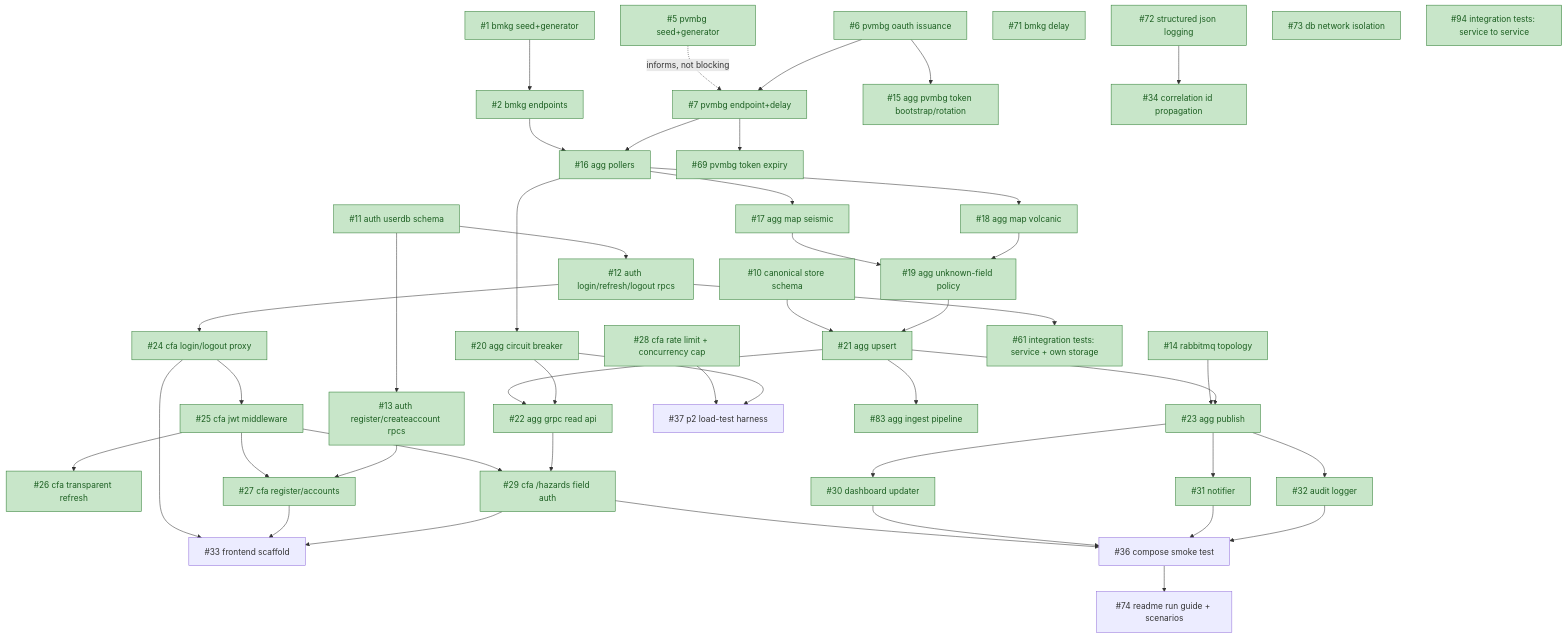
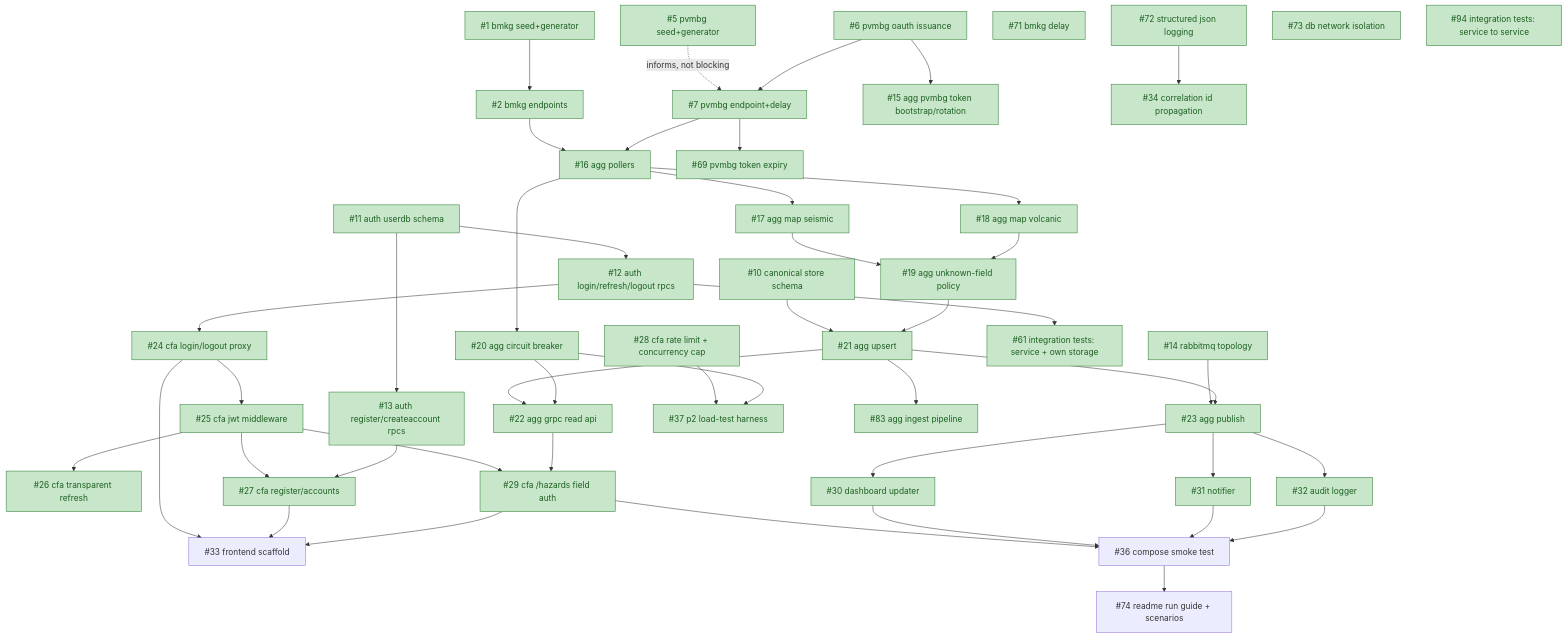
One commit to brii26/distributed-hazard-coordination changed the diagram in doc/BACKLOG_DEPENDENCIES.md. Above: the diagram before and after it, drawn with Mermaid. The commit also changed other lines of this file and 4 other files, not shown here.

````diff
--- a/doc/BACKLOG_DEPENDENCIES.md
+++ b/doc/BACKLOG_DEPENDENCIES.md
@@ -19,63 +18,63 @@
 ```mermaid
 graph TD
   1["#1 bmkg seed+generator"] --> 2["#2 bmkg endpoints"]
   5["#5 pvmbg seed+generator"] -.->|informs, not blocking| 7
 
   6["#6 pvmbg oauth issuance"] --> 15["#15 agg pvmbg token bootstrap/rotation"]
   6 --> 7["#7 pvmbg endpoint+delay"]
   7 --> 69["#69 pvmbg token expiry"]
 
   2 --> 16["#16 agg pollers"]
   7 --> 16
   16 --> 17["#17 agg map seismic"]
   16 --> 18["#18 agg map volcanic"]
   16 --> 20["#20 agg circuit breaker"]
   17 --> 19["#19 agg unknown-field policy"]
   18 --> 19
 
   10["#10 canonical store schema"] --> 21["#21 agg upsert"]
   19 --> 21
   21 --> 22["#22 agg grpc read api"]
   20 --> 22
 
   14["#14 rabbitmq topology"] --> 23["#23 agg publish"]
   21 --> 23
   21 --> 83["#83 agg ingest pipeline"]
 
   11["#11 auth userdb schema"] --> 12["#12 auth login/refresh/logout rpcs"]
   11 --> 13["#13 auth register/createaccount rpcs"]
 
   12 --> 24["#24 cfa login/logout proxy"]
   12 --> 61["#61 integration tests: service + own storage"]
   24 --> 25["#25 cfa jwt middleware"]
   25 --> 26["#26 cfa transparent refresh"]
   25 --> 27["#27 cfa register/accounts"]
   13 --> 27
   25 --> 29["#29 cfa /hazards field auth"]
   22 --> 29
 
   23 --> 30["#30 dashboard updater"]
   23 --> 31["#31 notifier"]
   23 --> 32["#32 audit logger"]
 
   24 --> 33["#33 frontend scaffold"]
   27 --> 33
   29 --> 33
 
   29 --> 36["#36 compose smoke test"]
   30 --> 36
   31 --> 36
   32 --> 36
 
   28["#28 cfa rate limit + concurrency cap"] --> 37["#37 p2 load-test harness"]
   20 --> 37
 
   72["#72 structured json logging"] --> 34["#34 correlation id propagation"]
   36 --> 74["#74 readme run guide + scenarios"]
   71["#71 bmkg delay"]
   73["#73 db network isolation"]
   94["#94 integration tests: service to service"]
 
   classDef done fill:#c8e6c9,stroke:#2e7d32,color:#1b5e20
-  class 1,2,5,6,7,10,11,12,13,14,15,16,17,18,19,20,21,22,23,24,25,26,27,28,29,30,31,32,34,35,61,69,71,72,73,83,94 done
+  class 1,2,5,6,7,10,11,12,13,14,15,16,17,18,19,20,21,22,23,24,25,26,27,28,29,30,31,32,34,35,37,61,69,71,72,73,83,94 done
 ```
````
